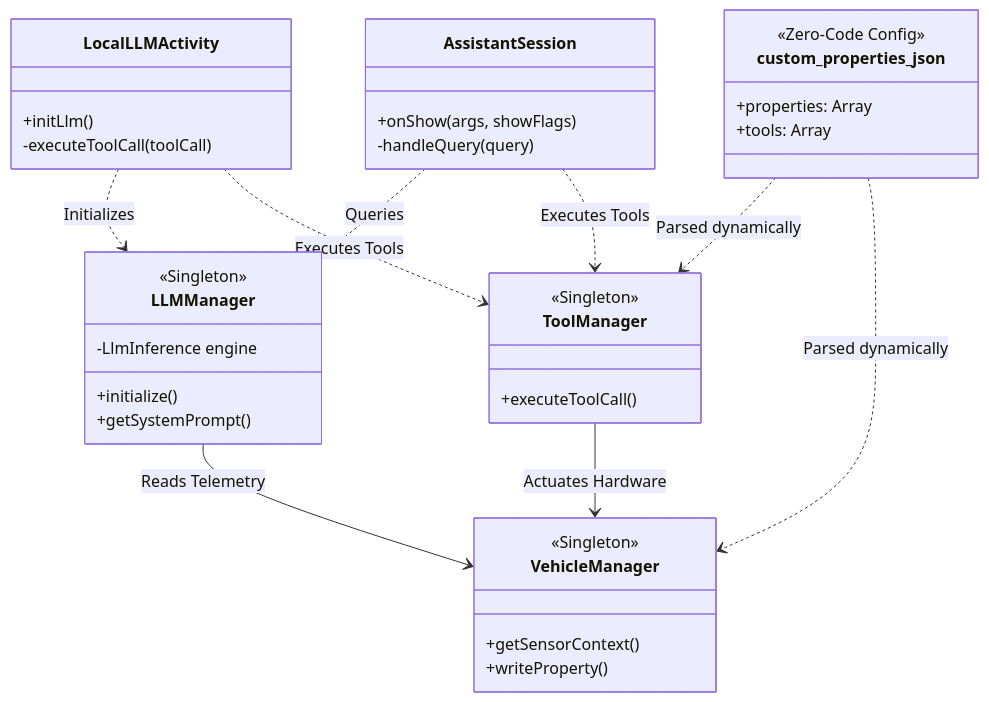
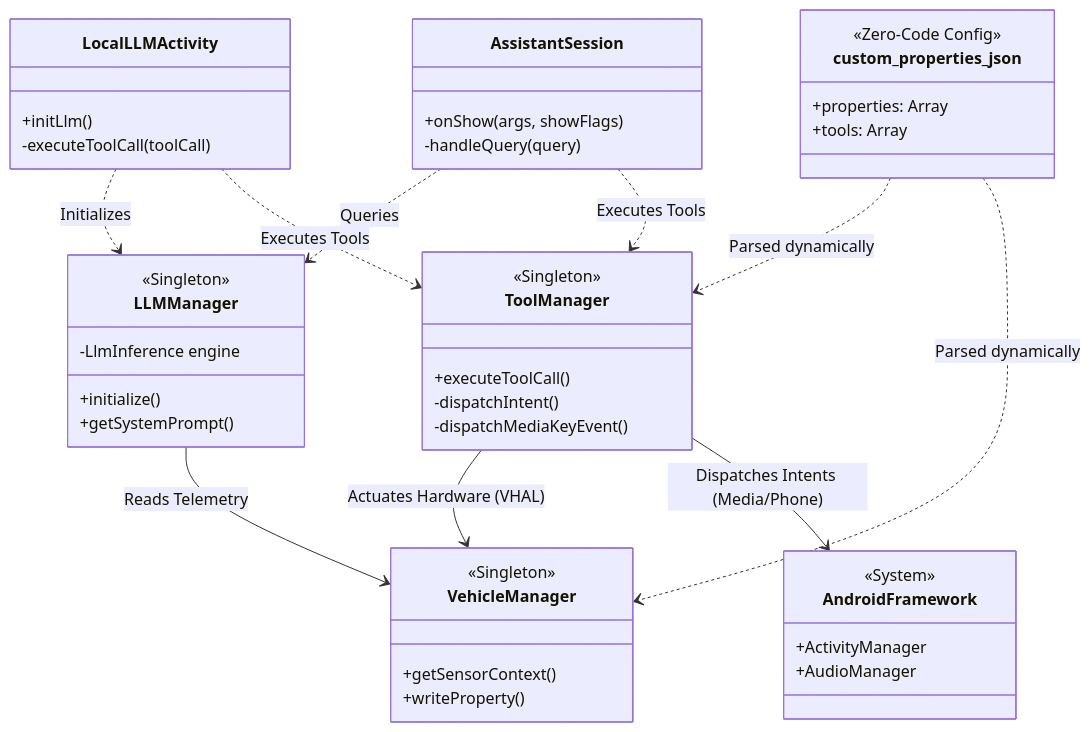
One commit to hemangpandhi/ai-assistant changed the fourth of 4 diagrams in ARCHITECTURE.md. Above: the diagram before and after it, drawn with Mermaid. The commit also changed other lines of this file, not shown here.

Commit message:
docs: add standard intent media and telecom routing to architecture diagrams

````diff
--- a/ARCHITECTURE.md
+++ b/ARCHITECTURE.md
@@ -136,46 +152,55 @@
 ```mermaid
 classDiagram
     class LocalLLMActivity {
         +initLlm()
         -executeToolCall(toolCall)
     }
 
     class AssistantSession {
         +onShow(args, showFlags)
         -handleQuery(query)
     }
 
     class LLMManager {
         <<Singleton>>
         -LlmInference engine
         +initialize()
         +getSystemPrompt()
     }
 
     class ToolManager {
         <<Singleton>>
         +executeToolCall()
+        -dispatchIntent()
+        -dispatchMediaKeyEvent()
     }
 
     class VehicleManager {
         <<Singleton>>
         +getSensorContext()
         +writeProperty()
+    }
+
+    class AndroidFramework {
+        <<System>>
+        +ActivityManager
+        +AudioManager
     }
 
     class custom_properties_json {
         <<Zero-Code Config>>
         +properties: Array
         +tools: Array
     }
     
     %% Relationships
     LocalLLMActivity ..> LLMManager : Initializes
     AssistantSession ..> LLMManager : Queries
     LocalLLMActivity ..> ToolManager : Executes Tools
     AssistantSession ..> ToolManager : Executes Tools
-    ToolManager --> VehicleManager : Actuates Hardware
+    ToolManager --> VehicleManager : Actuates Hardware (VHAL)
+    ToolManager --> AndroidFramework : Dispatches Intents (Media/Phone)
     LLMManager --> VehicleManager : Reads Telemetry
     custom_properties_json ..> ToolManager : Parsed dynamically
     custom_properties_json ..> VehicleManager : Parsed dynamically
 ```
````
